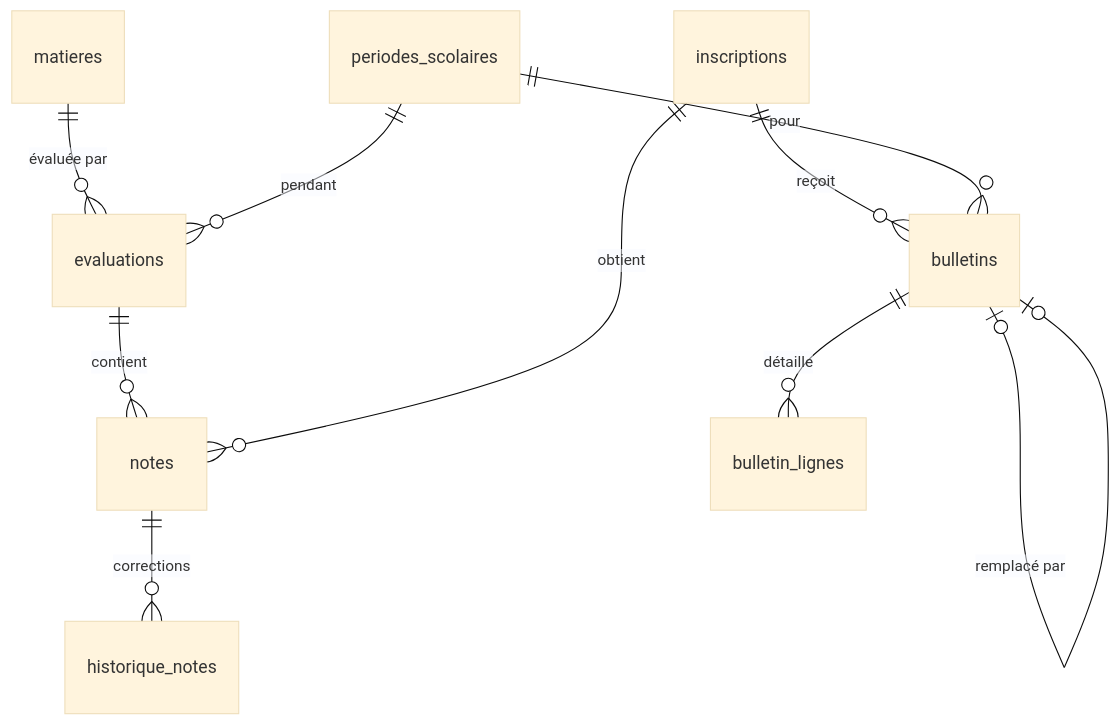
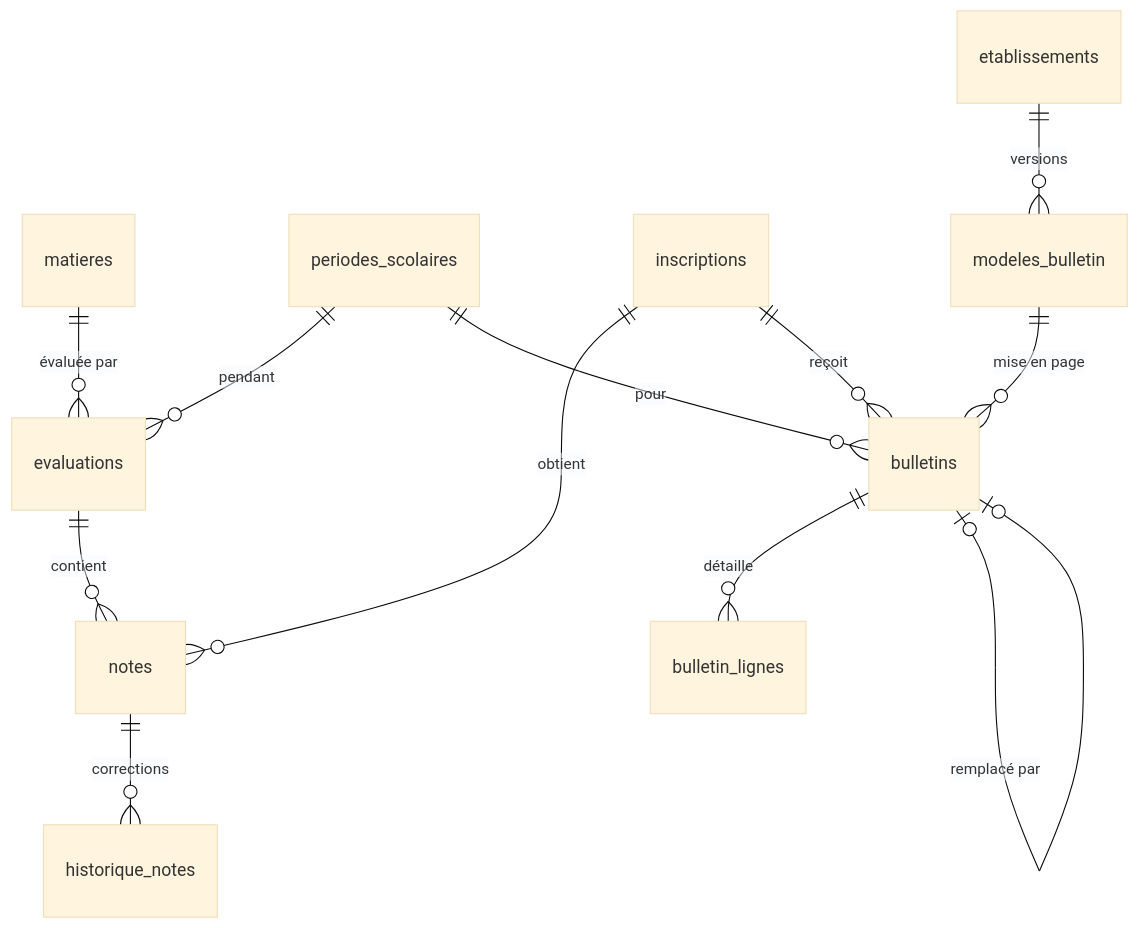
The diagram in docs/schemas/04-notes-bulletins.mmd (Ebong25-Nouga/franckschool), drawn with Mermaid (base theme) before and after one commit. The commit also changed 7494 other files, not shown here.

First line of the commit message:
Audit BD v1.1 : table versionnée modeles_bulletin et bulletins trimestriels

```diff
--- a/docs/schemas/04-notes-bulletins.mmd
+++ b/docs/schemas/04-notes-bulletins.mmd
@@ -1,10 +1,12 @@
 erDiagram
     matieres ||--o{ evaluations : "évaluée par"
     periodes_scolaires ||--o{ evaluations : "pendant"
     evaluations ||--o{ notes : "contient"
     inscriptions ||--o{ notes : "obtient"
     notes ||--o{ historique_notes : "corrections"
     inscriptions ||--o{ bulletins : "reçoit"
     periodes_scolaires ||--o{ bulletins : "pour"
     bulletins ||--o{ bulletin_lignes : "détaille"
     bulletins |o--o| bulletins : "remplacé par"
+    etablissements ||--o{ modeles_bulletin : "versions"
+    modeles_bulletin ||--o{ bulletins : "mise en page"
```
